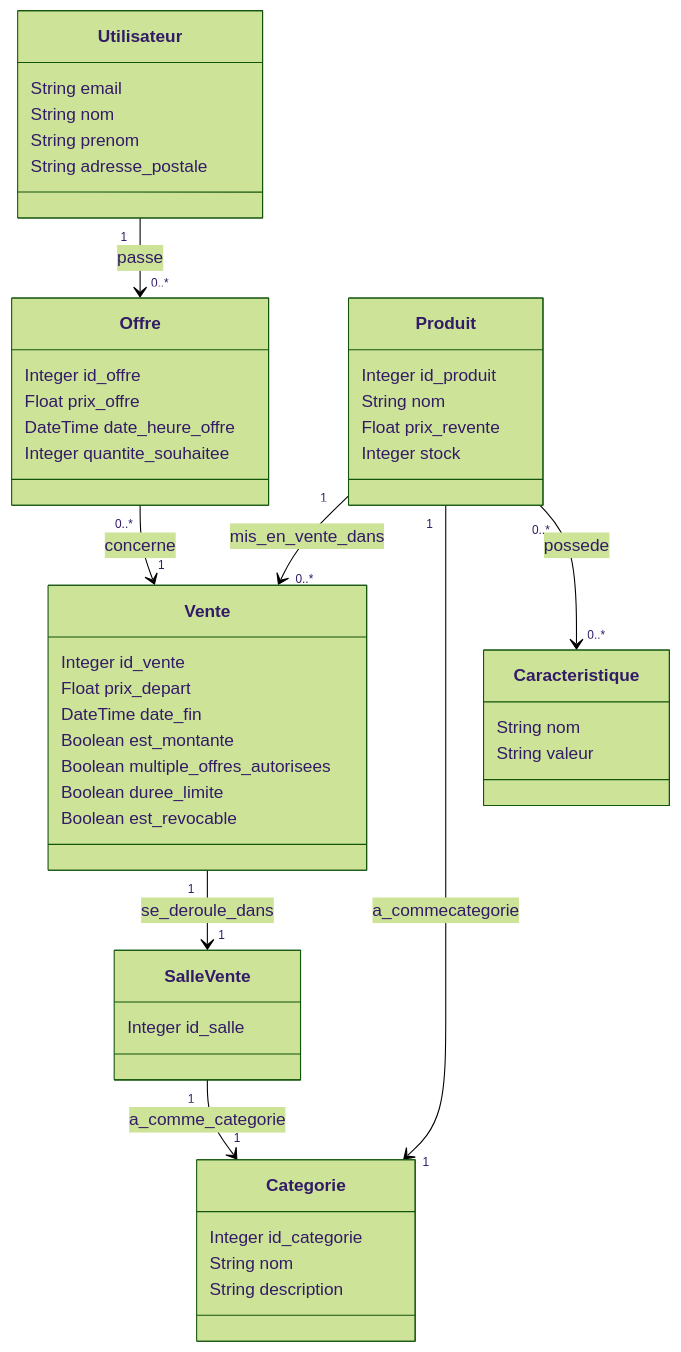
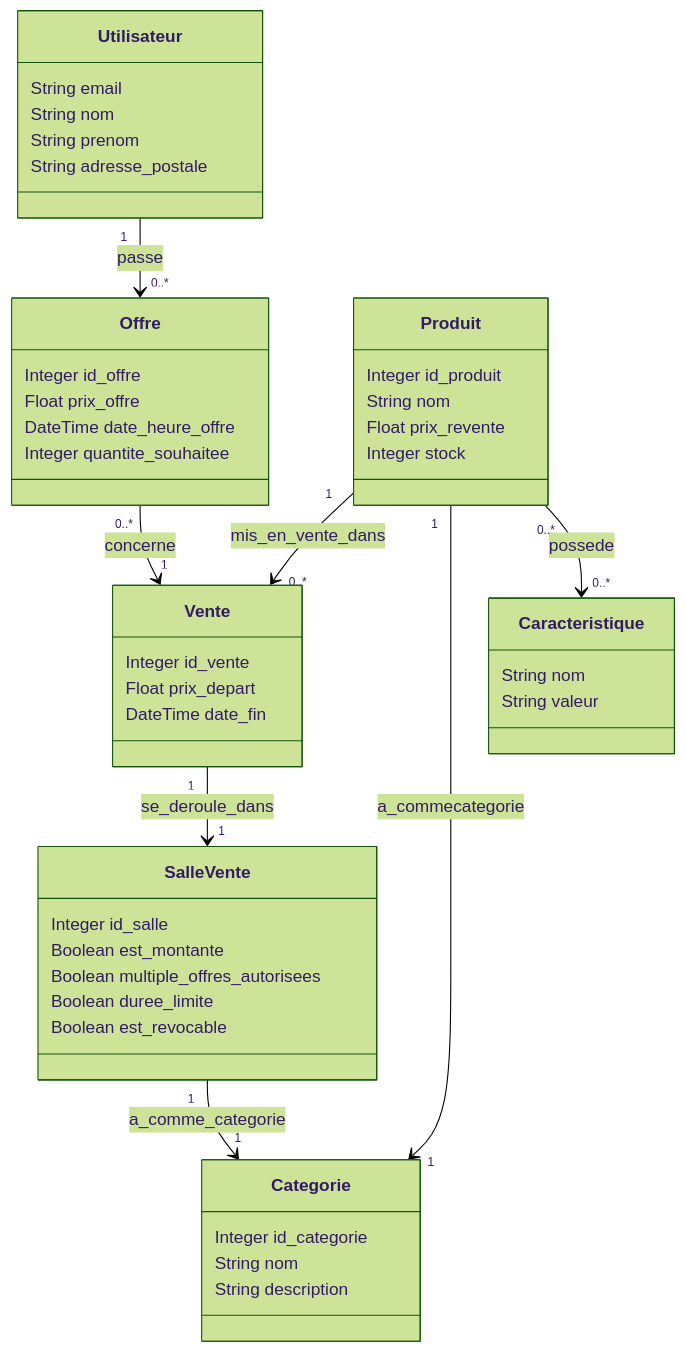
Before and after one commit to AbelPrudhommeLacroix/enchere: the diagram in README.md, drawn with Mermaid (forest theme). The commit also changed other lines of this file, not shown here.

````diff
--- a/README.md
+++ b/README.md
@@ -2,56 +2,56 @@
 ```mermaid
 classDiagram
     class Offre {
         Integer id_offre
         Float prix_offre
         DateTime date_heure_offre
         Integer quantite_souhaitee
     }
 
     class Utilisateur {
         String email
         String nom
         String prenom
         String adresse_postale
     }
 
     class Vente {
         Integer id_vente
         Float prix_depart
         DateTime date_fin
+    }
+
+    class SalleVente {
+        Integer id_salle
         Boolean est_montante
         Boolean multiple_offres_autorisees
         Boolean duree_limite
         Boolean est_revocable
-    }
-
-    class SalleVente {
-        Integer id_salle
     }
 
     class Produit {
         Integer id_produit
         String nom
         Float prix_revente
         Integer stock
     }
 
     class Categorie {
         Integer id_categorie
         String nom
         String description
     }
 
     class Caracteristique {
         String nom
         String valeur
     }
 
     Utilisateur "1" --> "0..*" Offre : passe
     Offre "0..*" --> "1" Vente : concerne
     Vente "1" --> "1" SalleVente : se_deroule_dans
     Produit "1" --> "0..*" Vente : mis_en_vente_dans
     Produit "1" --> "1" Categorie : a_commecategorie
     Produit "0..*" --> "0..*" Caracteristique : possede
     SalleVente "1" --> "1" Categorie : a_comme_categorie
 ```
````
